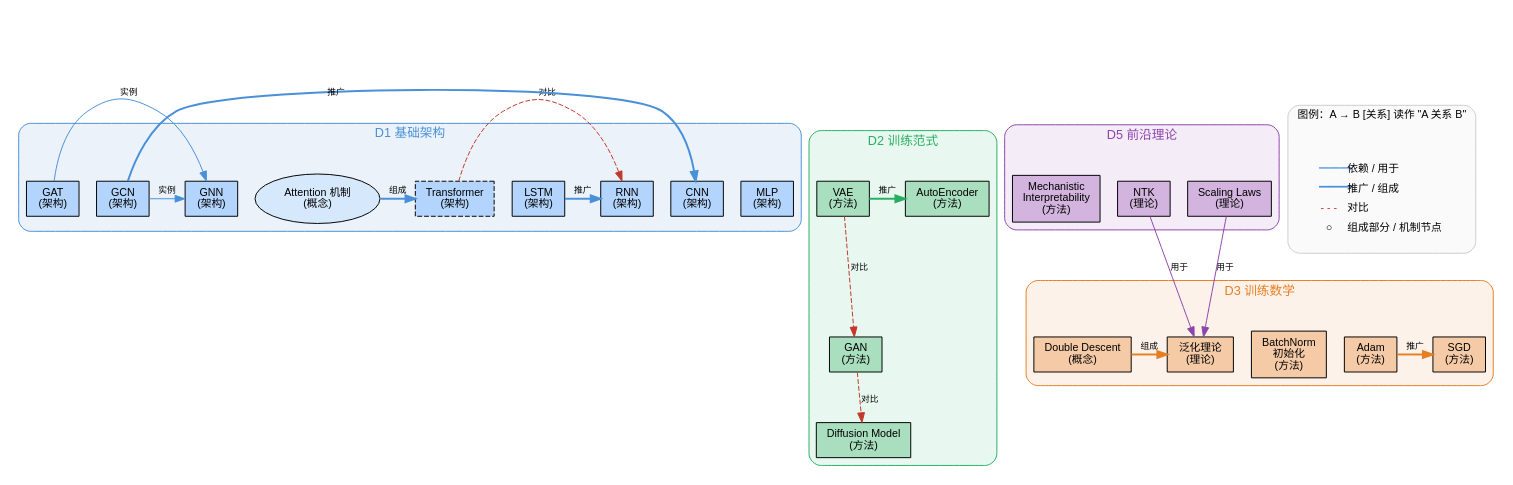
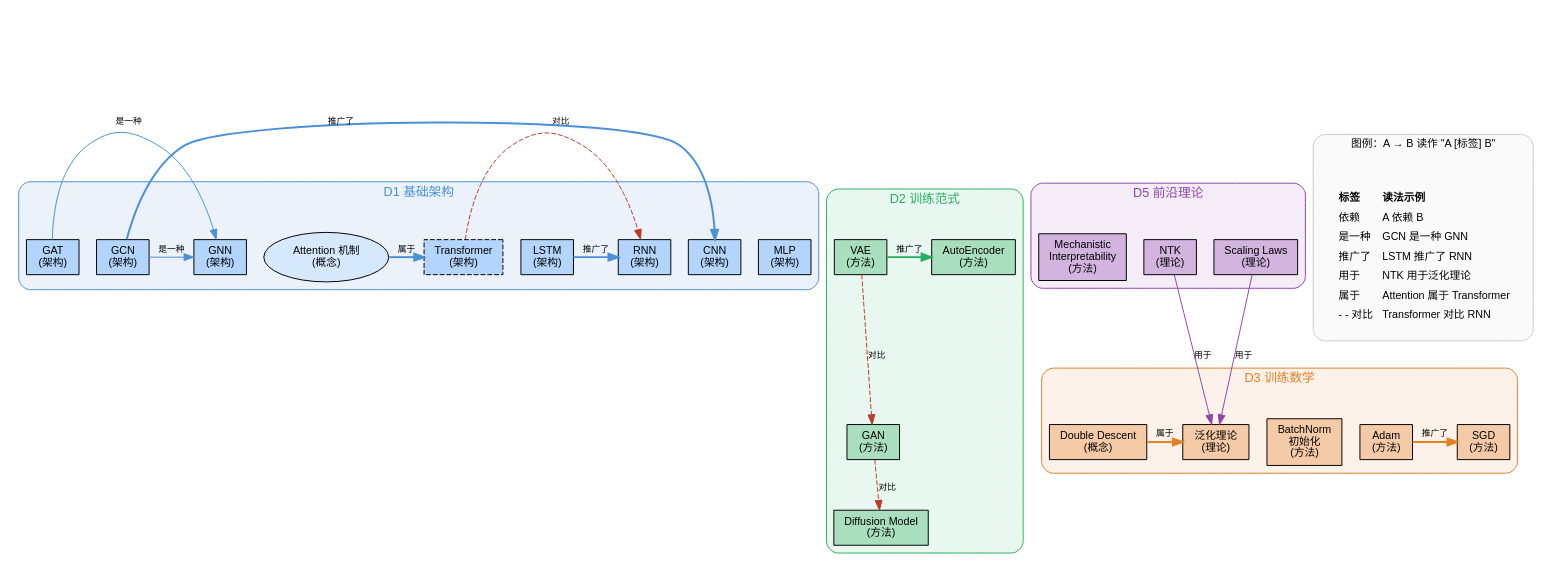
Before and after one commit to dreamthreebs/llmlearner: the diagram in domains/neural-networks/knowledge-graph.dot, drawn with Graphviz. The commit also changed 14 other files, not shown here.

Commit message:
更新 README 和知识图，调整关系标签以符合新约定，增强文档一致性。新增在线阅读和本地预览说明，更新知识图示例和图例内容，确保所有关系标签符合最新标准。

```diff
--- a/domains/neural-networks/knowledge-graph.dot
+++ b/domains/neural-networks/knowledge-graph.dot
@@ -1,118 +1,116 @@
 digraph NeuralNetworks {
   // 全局样式
   rankdir=TB;
   fontname="Helvetica,Arial,sans-serif";
   node [fontname="Helvetica,Arial,sans-serif", fontsize=11, style=filled, shape=box, margin="0.15,0.08"];
   edge [fontname="Helvetica,Arial,sans-serif", fontsize=9, color="#666666"];
 
-  // 箭头方向约定（字面阅读）：
-  // A → B [关系] 读作 "A 关系 B"
-  // 例：A → B [推广] = "A 推广了 B"
-  //     A → B [实例] = "A 是 B 的实例"
-  //     A → B [组成] = "A 是 B 的组成部分"
+  // 箭头约定（字面阅读）：A → B [标签] 读作 "A 标签 B"
 
   // ─── D1 基础架构 ───
   subgraph cluster_D1 {
     label="D1 基础架构";
     style=rounded;
     color="#4A90D9";
     fontcolor="#4A90D9";
     fontsize=13;
     bgcolor="#EBF2FA";
 
     MLP         [label="MLP\n(架构)", fillcolor="#B3D4FC"];
     CNN         [label="CNN\n(架构)", fillcolor="#B3D4FC"];
     RNN         [label="RNN\n(架构)", fillcolor="#B3D4FC"];
     LSTM        [label="LSTM\n(架构)", fillcolor="#B3D4FC"];
     Transformer [label="Transformer\n(架构)", fillcolor="#B3D4FC", style="filled,dashed"];
     Attention   [label="Attention 机制\n(概念)", fillcolor="#D6E8FC", shape=ellipse];
     GNN         [label="GNN\n(架构)", fillcolor="#B3D4FC"];
     GCN         [label="GCN\n(架构)", fillcolor="#B3D4FC"];
     GAT         [label="GAT\n(架构)", fillcolor="#B3D4FC"];
   }
 
   // ─── D2 训练范式 ───
   subgraph cluster_D2 {
     label="D2 训练范式";
     style=rounded;
     color="#27AE60";
     fontcolor="#27AE60";
     fontsize=13;
     bgcolor="#E8F8F0";
 
     AE        [label="AutoEncoder\n(方法)", fillcolor="#A9DFBF"];
     VAE       [label="VAE\n(方法)", fillcolor="#A9DFBF"];
     GAN       [label="GAN\n(方法)", fillcolor="#A9DFBF"];
     Diffusion [label="Diffusion Model\n(方法)", fillcolor="#A9DFBF"];
   }
 
   // ─── D3 训练数学 ───
   subgraph cluster_D3 {
     label="D3 训练数学";
     style=rounded;
     color="#E67E22";
     fontcolor="#E67E22";
     fontsize=13;
     bgcolor="#FDF2E9";
 
     SGD           [label="SGD\n(方法)", fillcolor="#F5CBA7"];
     Adam          [label="Adam\n(方法)", fillcolor="#F5CBA7"];
     BN            [label="BatchNorm\n初始化\n(方法)", fillcolor="#F5CBA7"];
     GenTheory     [label="泛化理论\n(理论)", fillcolor="#F5CBA7"];
     DoubleDescent [label="Double Descent\n(概念)", fillcolor="#F5CBA7"];
   }
 
   // ─── D5 前沿理论 ───
   subgraph cluster_D5 {
     label="D5 前沿理论";
     style=rounded;
     color="#8E44AD";
     fontcolor="#8E44AD";
     fontsize=13;
     bgcolor="#F4ECF7";
 
     NTK        [label="NTK\n(理论)", fillcolor="#D2B4DE"];
     Scaling    [label="Scaling Laws\n(理论)", fillcolor="#D2B4DE"];
     MechInterp [label="Mechanistic\nInterpretability\n(方法)", fillcolor="#D2B4DE"];
   }
 
   // ─── D1 内部 ───
-  // MLP 是基线架构，与其他架构无直接结构关系
-  LSTM -> RNN [label="推广", color="#4A90D9", style=bold, constraint=false];
-  GCN -> CNN [label="推广", color="#4A90D9", style=bold, constraint=false];
-  GCN -> GNN [label="实例", color="#4A90D9", constraint=false];
-  GAT -> GNN [label="实例", color="#4A90D9", constraint=false];
-  Attention -> Transformer [label="组成", color="#4A90D9", style=bold, constraint=false];
+  LSTM -> RNN [label="推广了", color="#4A90D9", style=bold, constraint=false];
+  GCN -> CNN [label="推广了", color="#4A90D9", style=bold, constraint=false];
+  GCN -> GNN [label="是一种", color="#4A90D9", constraint=false];
+  GAT -> GNN [label="是一种", color="#4A90D9", constraint=false];
+  Attention -> Transformer [label="属于", color="#4A90D9", style=bold, constraint=false];
   Transformer -> RNN [label="对比", color="#C0392B", style=dashed, constraint=false];
 
   // ─── D2 内部 ───
-  VAE -> AE [label="推广", color="#27AE60", style=bold, constraint=false];
+  VAE -> AE [label="推广了", color="#27AE60", style=bold, constraint=false];
   VAE -> GAN [label="对比", color="#C0392B", style=dashed];
   GAN -> Diffusion [label="对比", color="#C0392B", style=dashed];
 
   // ─── D3 内部 ───
-  Adam -> SGD [label="推广", color="#E67E22", style=bold, constraint=false];
-  DoubleDescent -> GenTheory [label="组成", color="#E67E22", style=bold, constraint=false];
+  Adam -> SGD [label="推广了", color="#E67E22", style=bold, constraint=false];
+  DoubleDescent -> GenTheory [label="属于", color="#E67E22", style=bold, constraint=false];
 
   // ─── 跨维度 ───
   NTK -> GenTheory [label="用于", color="#8E44AD"];
   Scaling -> GenTheory [label="用于", color="#8E44AD"];
 
   // ─── 图例 ───
   subgraph cluster_legend {
-    label="图例：A → B [关系] 读作 \"A 关系 B\"";
+    label="图例：A → B 读作 \"A [标签] B\"";
     style=rounded;
     color="#CCCCCC";
     fontsize=11;
     bgcolor="#FAFAFA";
     node [shape=plaintext, fillcolor="#FAFAFA"];
     edge [style=invis];
 
     leg1 [label=<<TABLE BORDER="0" CELLBORDER="0" CELLSPACING="4">
-      <TR><TD><FONT COLOR="#4A90D9">━━━</FONT></TD><TD ALIGN="LEFT">依赖 / 用于</TD></TR>
-      <TR><TD><FONT COLOR="#4A90D9"><B>━━━</B></FONT></TD><TD ALIGN="LEFT">推广 / 组成</TD></TR>
-      <TR><TD><FONT COLOR="#C0392B">- - -</FONT></TD><TD ALIGN="LEFT">对比</TD></TR>
-      <TR><TD>○</TD><TD ALIGN="LEFT">组成部分 / 机制节点</TD></TR>
+      <TR><TD ALIGN="LEFT"><B>标签</B></TD><TD ALIGN="LEFT"><B>读法示例</B></TD></TR>
+      <TR><TD ALIGN="LEFT">依赖</TD><TD ALIGN="LEFT">A 依赖 B</TD></TR>
+      <TR><TD ALIGN="LEFT">是一种</TD><TD ALIGN="LEFT">GCN 是一种 GNN</TD></TR>
+      <TR><TD ALIGN="LEFT">推广了</TD><TD ALIGN="LEFT">LSTM 推广了 RNN</TD></TR>
+      <TR><TD ALIGN="LEFT">用于</TD><TD ALIGN="LEFT">NTK 用于泛化理论</TD></TR>
+      <TR><TD ALIGN="LEFT">属于</TD><TD ALIGN="LEFT">Attention 属于 Transformer</TD></TR>
+      <TR><TD ALIGN="LEFT">- - 对比</TD><TD ALIGN="LEFT">Transformer 对比 RNN</TD></TR>
     </TABLE>>];
   }
 }
```
